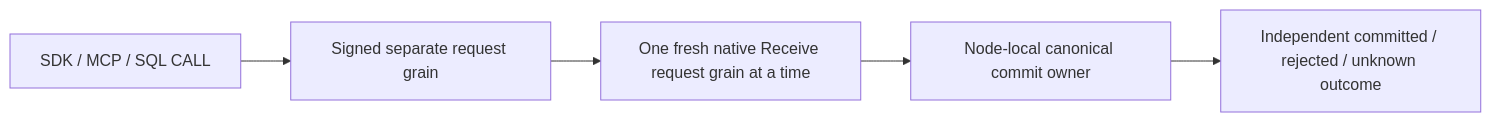
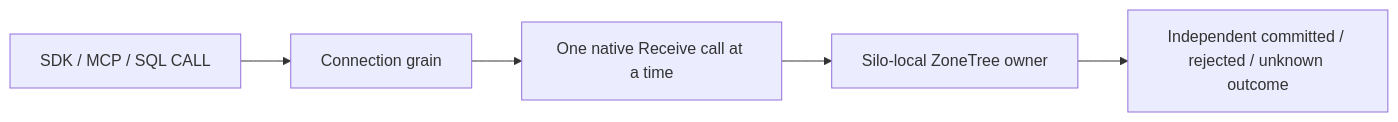
Before and after one commit to managedcode/KeyLoad: the second of 2 diagrams in docs/ADR/ADR-026-fenced-delivery-inbox.md, drawn with Mermaid. The commit also changed other lines of this file and 7356 other files, not shown here.

````diff
--- a/docs/ADR/ADR-026-fenced-delivery-inbox.md
+++ b/docs/ADR/ADR-026-fenced-delivery-inbox.md
@@ -60,7 +59,7 @@
 ```mermaid
 flowchart LR
-  API[SDK / MCP / SQL CALL] --> Parent[Signed separate request grain]
-  Parent --> Child[One fresh native Receive request grain at a time]
-  Child --> Owner[Node-local canonical commit owner]
+  API[SDK / MCP / SQL CALL] --> Parent[Connection grain]
+  Parent --> Child[One native Receive call at a time]
+  Child --> Owner[Silo-local ZoneTree owner]
   Owner --> Outcome[Independent committed / rejected / unknown outcome]
 ```
````
